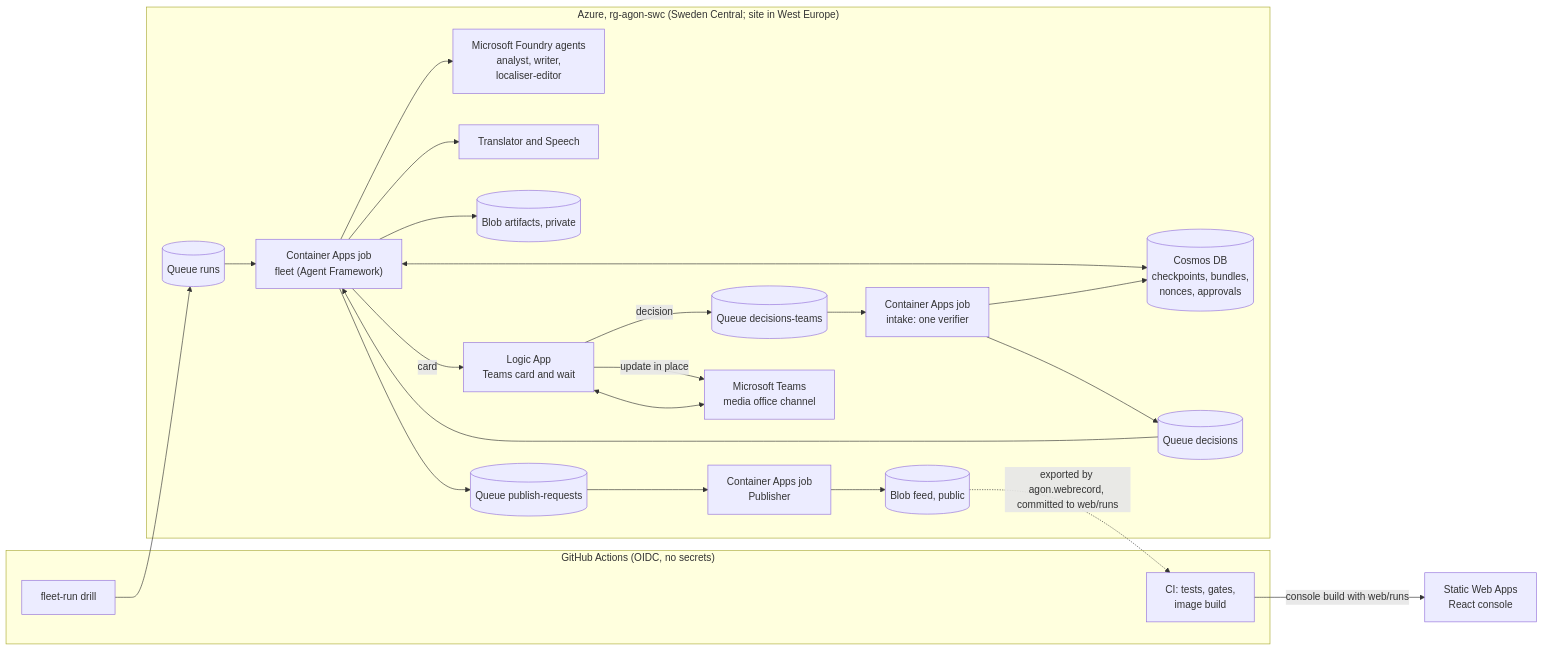
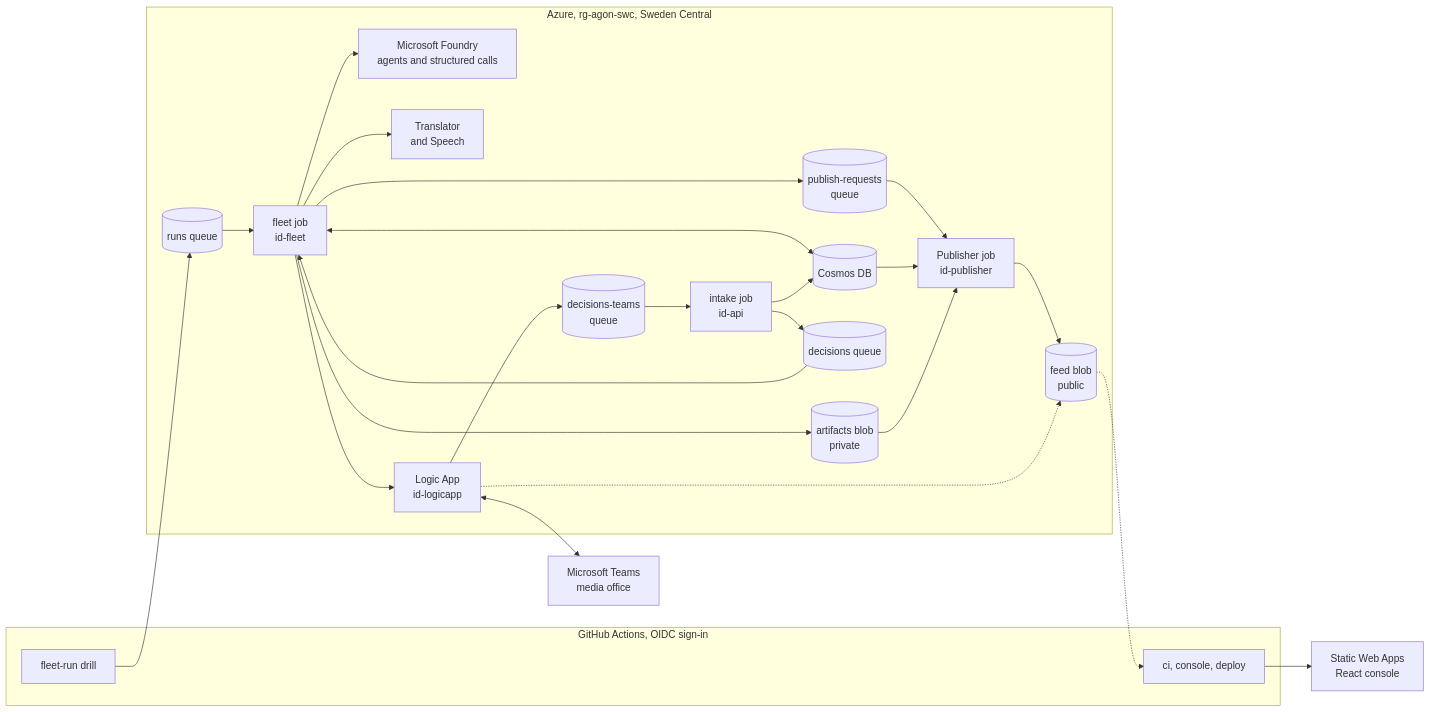
The first of 3 diagrams in README.md (upgradedev/agon-azure), drawn with Mermaid before and after one commit. The commit also changed other lines of this file and 1 other file, not shown here.

First line of the commit message:
docs(readme): a judge entry point: banner, badges, video, 2-minute path, contents, process flow, agents and checks, rubric map, documentation map (#63)

````diff
--- a/README.md
+++ b/README.md
@@ -78,26 +80,46 @@
 ```mermaid
 flowchart LR
-  subgraph GH["GitHub Actions (OIDC, no secrets)"]
-    CI["CI: tests, gates,<br/>image build"]
+  subgraph GH["GitHub Actions, OIDC sign-in"]
     DRILL["fleet-run drill"]
+    CI["ci, console, deploy"]
   end
-  subgraph AZ["Azure, rg-agon-swc (Sweden Central; site in West Europe)"]
-    RUNS[("Queue runs")] --> FLEET["Container Apps job<br/>fleet (Agent Framework)"]
-    FLEET <--> COSMOS[("Cosmos DB<br/>checkpoints, bundles,<br/>nonces, approvals")]
-    FLEET --> FOUNDRY["Microsoft Foundry agents<br/>analyst, writer,<br/>localiser-editor"]
-    FLEET --> TRS["Translator and Speech"]
-    FLEET --> ART[("Blob artifacts, private")]
-    FLEET -->|card| LA["Logic App<br/>Teams card and wait"]
-    LA -->|decision| DQ[("Queue decisions-teams")]
-    DQ --> INTAKE["Container Apps job<br/>intake: one verifier"]
-    INTAKE --> COSMOS
-    INTAKE --> DEC[("Queue decisions")] --> FLEET
-    FLEET --> PQ[("Queue publish-requests")] --> PUB["Container Apps job<br/>Publisher"]
-    PUB --> FEED[("Blob feed, public")]
-    LA -->|update in place| TEAMS
+  subgraph AZ["Azure, rg-agon-swc, Sweden Central"]
+    RUNS[("runs queue")]
+    FLEET["fleet job<br/>id-fleet"]
+    FOUNDRY["Microsoft Foundry<br/>agents and structured calls"]
+    TRS["Translator<br/>and Speech"]
+    COSMOS[("Cosmos DB")]
+    ART[("artifacts blob<br/>private")]
+    LA["Logic App<br/>id-logicapp"]
+    DQT[("decisions-teams<br/>queue")]
+    INTAKE["intake job<br/>id-api"]
+    DQ[("decisions queue")]
+    PQ[("publish-requests<br/>queue")]
+    PUB["Publisher job<br/>id-publisher"]
+    FEED[("feed blob<br/>public")]
   end
-  LA <--> TEAMS["Microsoft Teams<br/>media office channel"]
-  FEED -.->|"exported by agon.webrecord, committed to web/runs"| CI
-  CI -->|"console build with web/runs"| SWA["Static Web Apps<br/>React console"]
+  TEAMS["Microsoft Teams<br/>media office"]
+  SWA["Static Web Apps<br/>React console"]
+
   DRILL --> RUNS
+  RUNS --> FLEET
+  FLEET --> FOUNDRY
+  FLEET --> TRS
+  FLEET <--> COSMOS
+  FLEET --> ART
+  FLEET --> LA
+  LA <--> TEAMS
+  LA --> DQT
+  DQT --> INTAKE
+  INTAKE --> COSMOS
+  INTAKE --> DQ
+  DQ --> FLEET
+  FLEET --> PQ
+  PQ --> PUB
+  COSMOS --> PUB
+  ART --> PUB
+  PUB --> FEED
+  LA -.-> FEED
+  FEED -.-> CI
+  CI --> SWA
 ```
````
